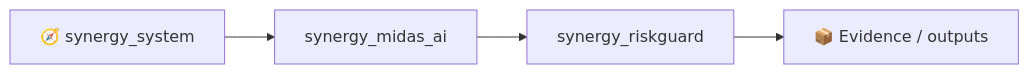
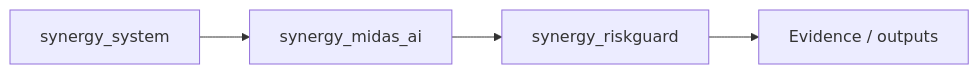
One commit to Shtenco/synergy_riskguard changed the first of 2 diagrams in README.md. Above: the diagram before and after it, drawn with Mermaid. The commit also changed other lines of this file, not shown here.

````diff
--- a/README.md
+++ b/README.md
@@ -55,6 +55,6 @@
 ```mermaid
 flowchart LR
-    SYS[🧭 synergy_system] --> P[synergy_midas_ai]
+    SYS[ synergy_system] --> P[synergy_midas_ai]
     P --> THIS[synergy_riskguard]
-    THIS --> E[📦 Evidence / outputs]
+    THIS --> E[ Evidence / outputs]
 ```
````
